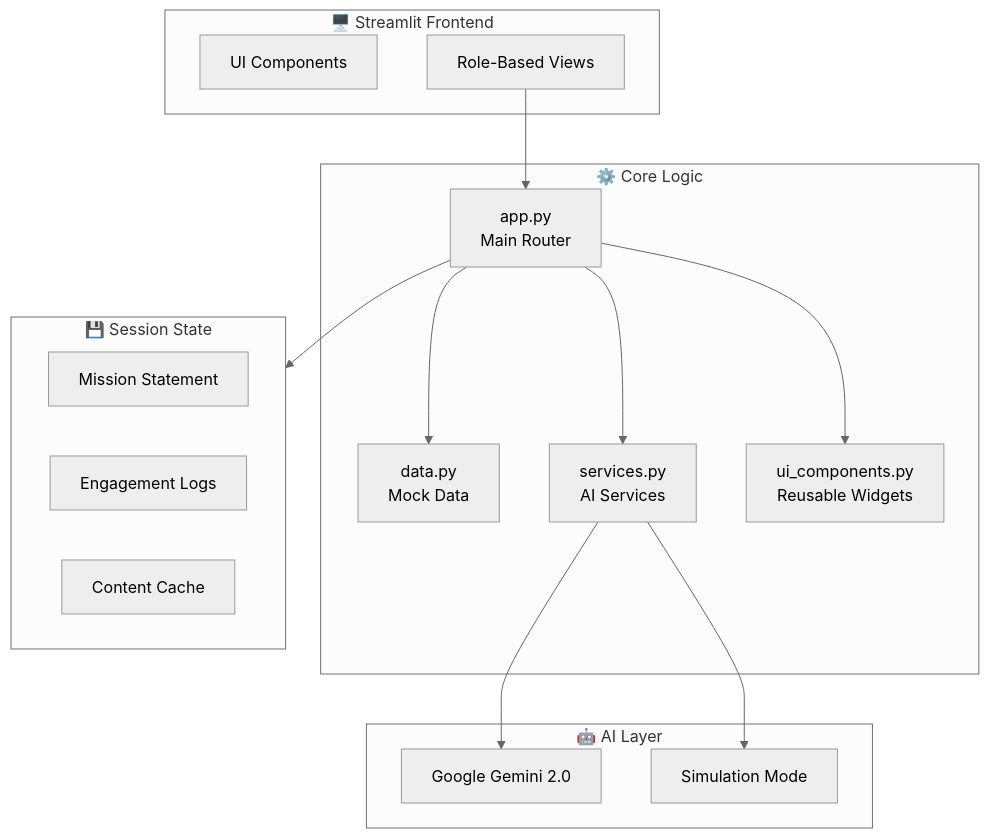
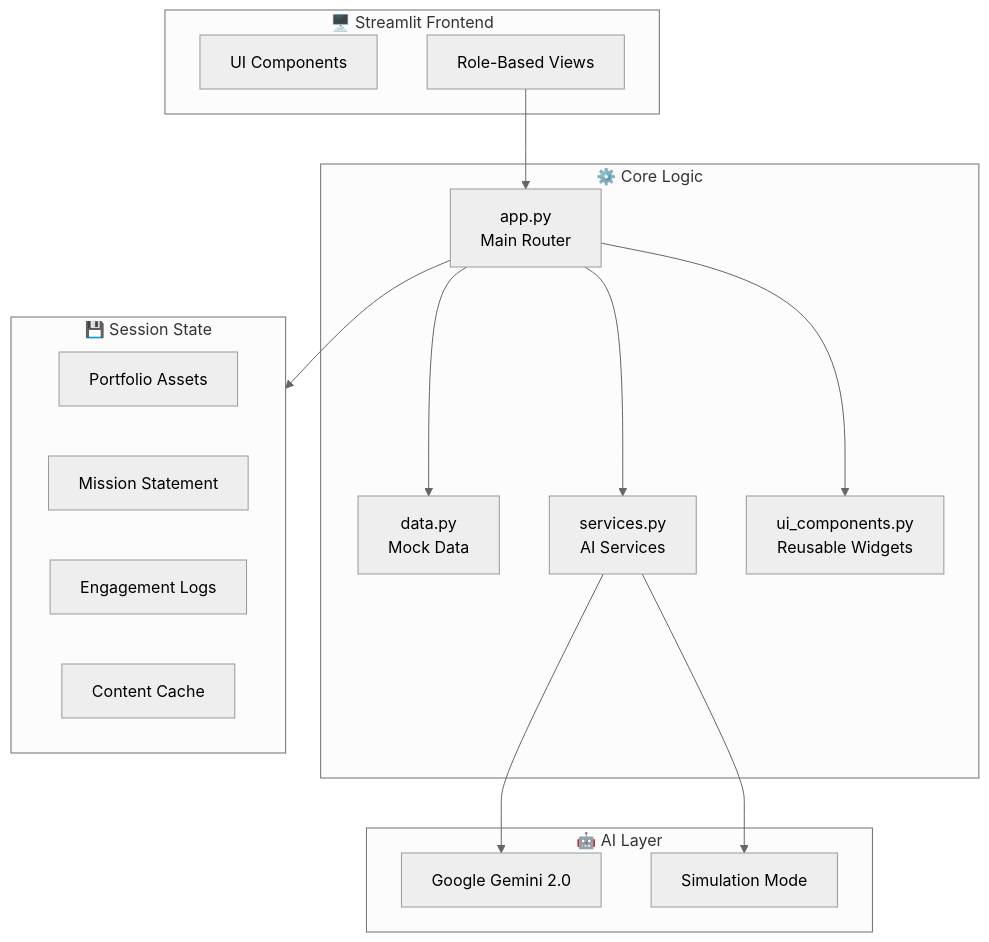
One commit to hiteshdundi01/LegacyLoop changed the first of 2 diagrams in README.md. Above: the diagram before and after it, drawn with Mermaid (neutral theme). The commit also changed other lines of this file and 2 other files, not shown here.

Commit message:
Feature: Add/Modify Assets

````diff
--- a/README.md
+++ b/README.md
@@ -37,33 +39,34 @@
 ```mermaid
 flowchart TB
     subgraph Frontend["🖥️ Streamlit Frontend"]
         UI[UI Components]
         Views[Role-Based Views]
     end
     
     subgraph Core["⚙️ Core Logic"]
         App[app.py<br/>Main Router]
         Data[data.py<br/>Mock Data]
         Services[services.py<br/>AI Services]
         Components[ui_components.py<br/>Reusable Widgets]
     end
     
     subgraph AI["🤖 AI Layer"]
         Gemini[Google Gemini 2.0]
         Fallback[Simulation Mode]
     end
     
     subgraph State["💾 Session State"]
+        Portfolio[Portfolio Assets]
         Mission[Mission Statement]
         Logs[Engagement Logs]
         Cache[Content Cache]
     end
     
     Views --> App
     App --> Data
     App --> Services
     App --> Components
     Services --> Gemini
     Services --> Fallback
     App --> State
 ```
````
